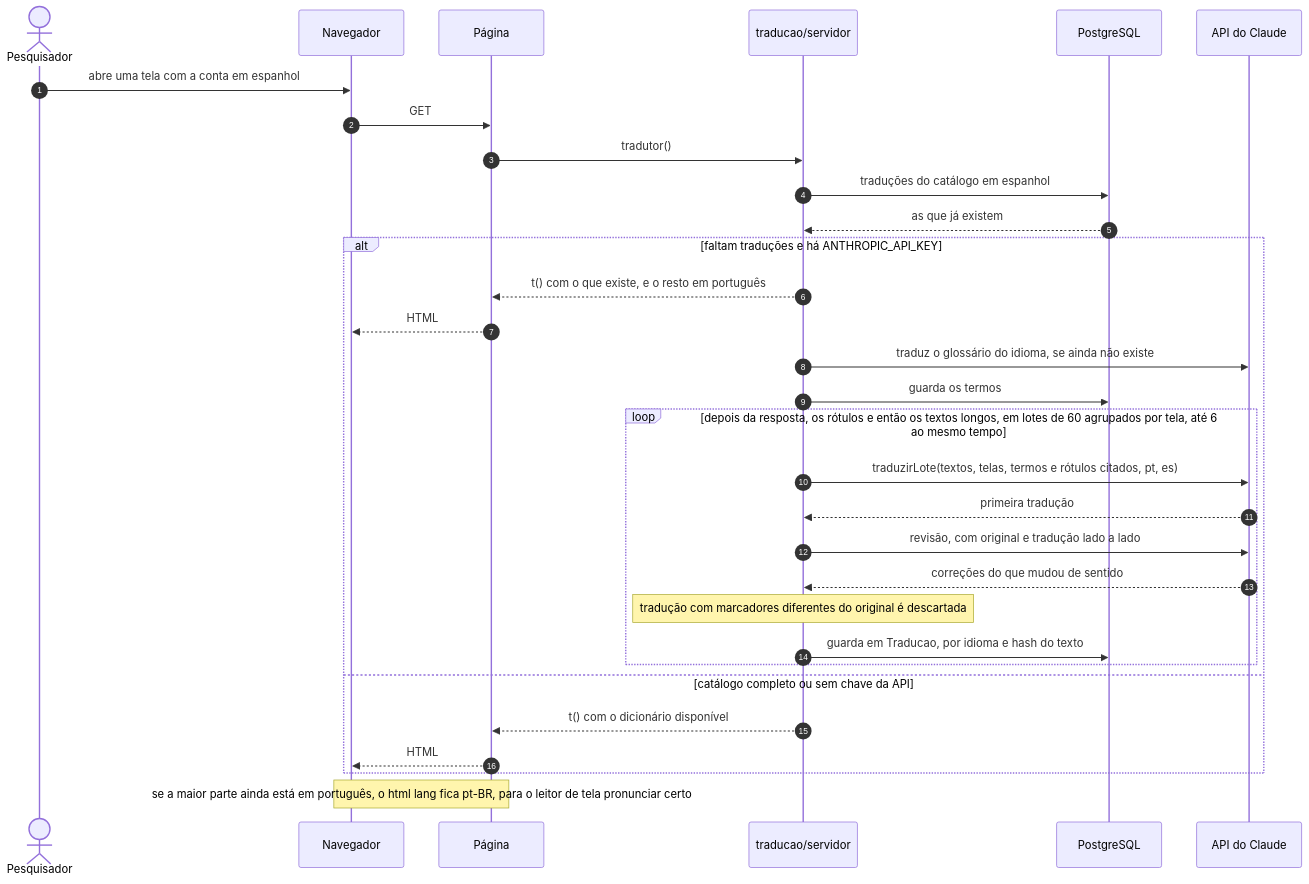
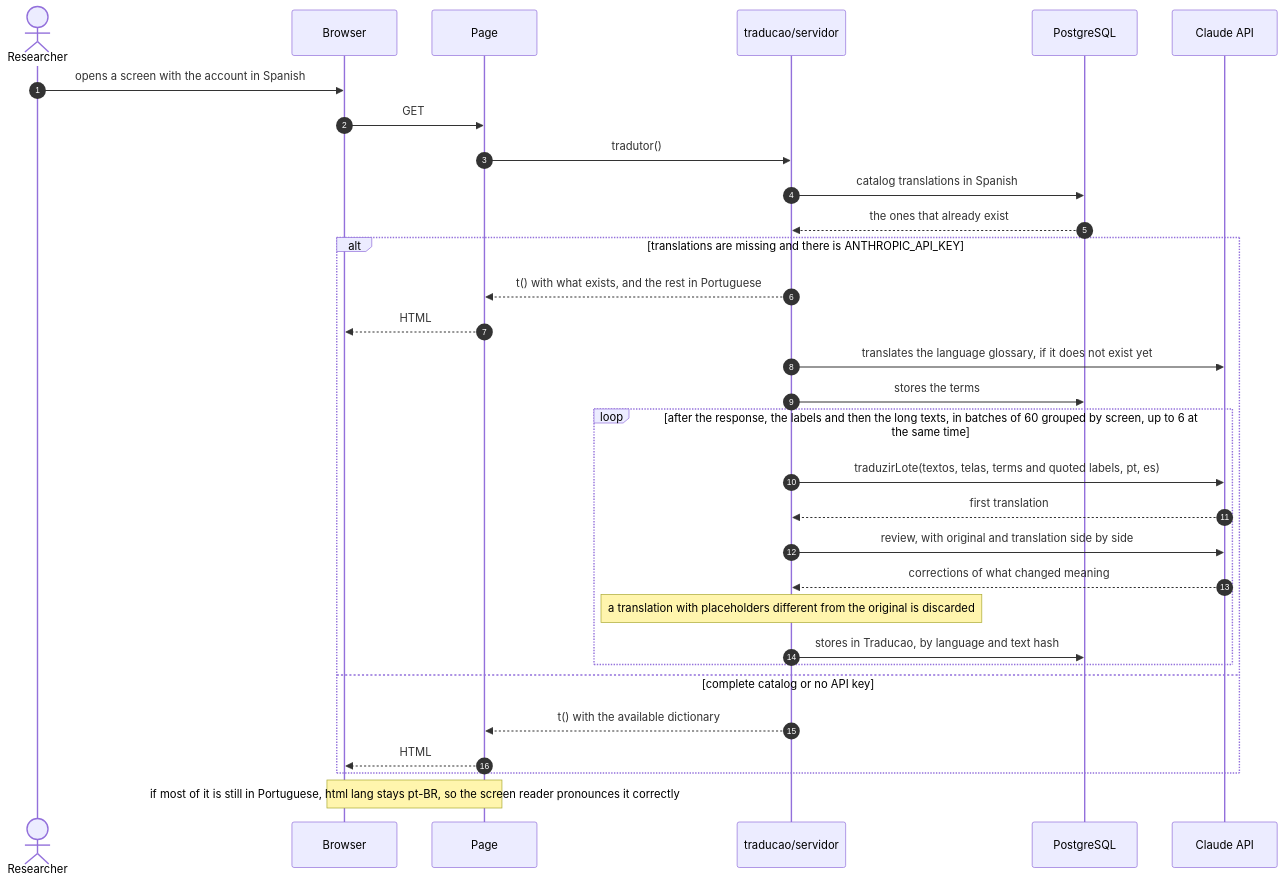
One commit to gabrielfjm/ueq_form_ihc changed the eighth of 8 diagrams in docs/documentacao/diagramas-de-sequencia.md. Above: the diagram before and after it, drawn with Mermaid. The commit also changed other lines of this file and 151 other files, not shown here.

First line of the commit message:
mostra a documentação no idioma da interface, com os diagramas em inglês

````diff
--- a/docs/documentacao/diagramas-de-sequencia.md
+++ b/docs/documentacao/diagramas-de-sequencia.md
@@ -359,34 +359,34 @@
 ```mermaid
 sequenceDiagram
     autonumber
-    actor Pesq as Pesquisador
-    participant Nav as Navegador
-    participant Pag as Página
+    actor Pesq as Researcher
+    participant Nav as Browser
+    participant Pag as Page
     participant Trad as traducao/servidor
     participant BD as PostgreSQL
-    participant Claude as API do Claude
+    participant Claude as Claude API
 
-    Pesq->>Nav: abre uma tela com a conta em espanhol
+    Pesq->>Nav: opens a screen with the account in Spanish
     Nav->>Pag: GET
     Pag->>Trad: tradutor()
-    Trad->>BD: traduções do catálogo em espanhol
-    BD-->>Trad: as que já existem
-    alt faltam traduções e há ANTHROPIC_API_KEY
-        Trad-->>Pag: t() com o que existe, e o resto em português
+    Trad->>BD: catalog translations in Spanish
+    BD-->>Trad: the ones that already exist
+    alt translations are missing and there is ANTHROPIC_API_KEY
+        Trad-->>Pag: t() with what exists, and the rest in Portuguese
         Pag-->>Nav: HTML
-        Trad->>Claude: traduz o glossário do idioma, se ainda não existe
-        Trad->>BD: guarda os termos
-        loop depois da resposta, os rótulos e então os textos longos, em lotes de 60 agrupados por tela, até 6 ao mesmo tempo
-            Trad->>Claude: traduzirLote(textos, telas, termos e rótulos citados, pt, es)
-            Claude-->>Trad: primeira tradução
-            Trad->>Claude: revisão, com original e tradução lado a lado
-            Claude-->>Trad: correções do que mudou de sentido
-            Note over Trad: tradução com marcadores diferentes do original é descartada
-            Trad->>BD: guarda em Traducao, por idioma e hash do texto
+        Trad->>Claude: translates the language glossary, if it does not exist yet
+        Trad->>BD: stores the terms
+        loop after the response, the labels and then the long texts, in batches of 60 grouped by screen, up to 6 at the same time
+            Trad->>Claude: traduzirLote(textos, telas, terms and quoted labels, pt, es)
+            Claude-->>Trad: first translation
+            Trad->>Claude: review, with original and translation side by side
+            Claude-->>Trad: corrections of what changed meaning
+            Note over Trad: a translation with placeholders different from the original is discarded
+            Trad->>BD: stores in Traducao, by language and text hash
         end
-    else catálogo completo ou sem chave da API
-        Trad-->>Pag: t() com o dicionário disponível
+    else complete catalog or no API key
+        Trad-->>Pag: t() with the available dictionary
         Pag-->>Nav: HTML
     end
-    Note over Pag,Nav: se a maior parte ainda está em português, o html lang fica pt-BR, para o leitor de tela pronunciar certo
+    Note over Pag,Nav: if most of it is still in Portuguese, html lang stays pt-BR, so the screen reader pronounces it correctly
 ```
````
